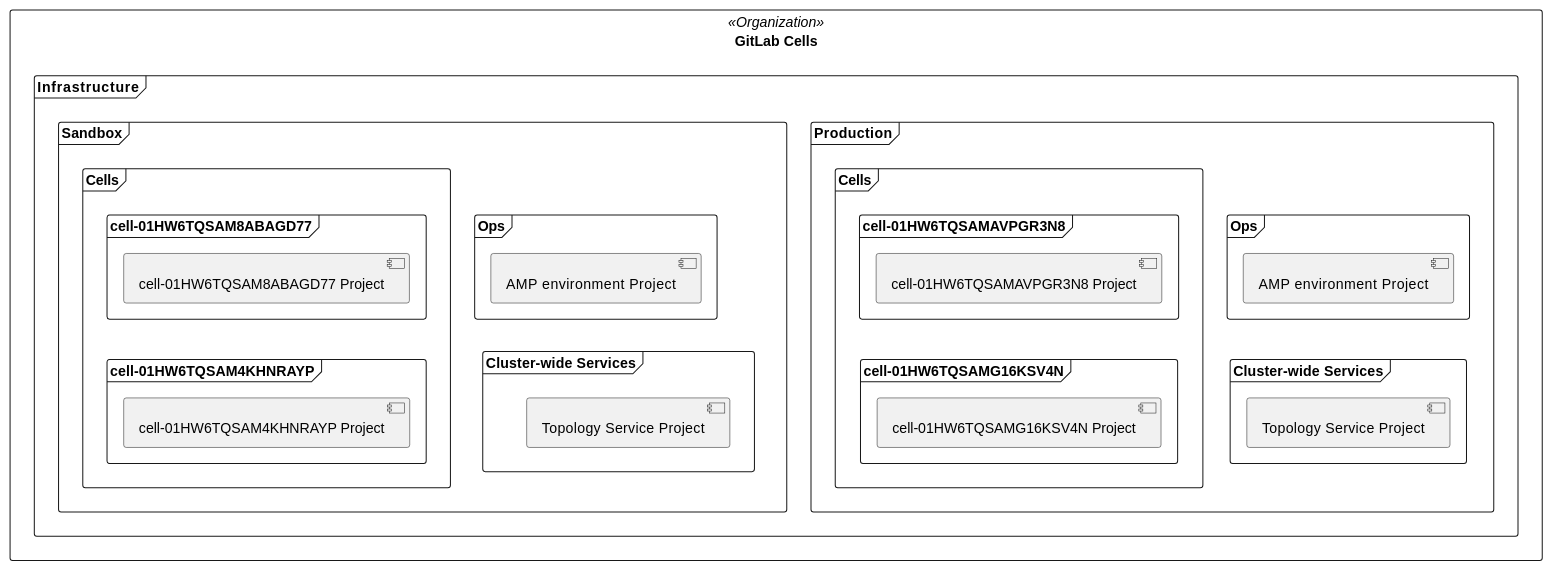
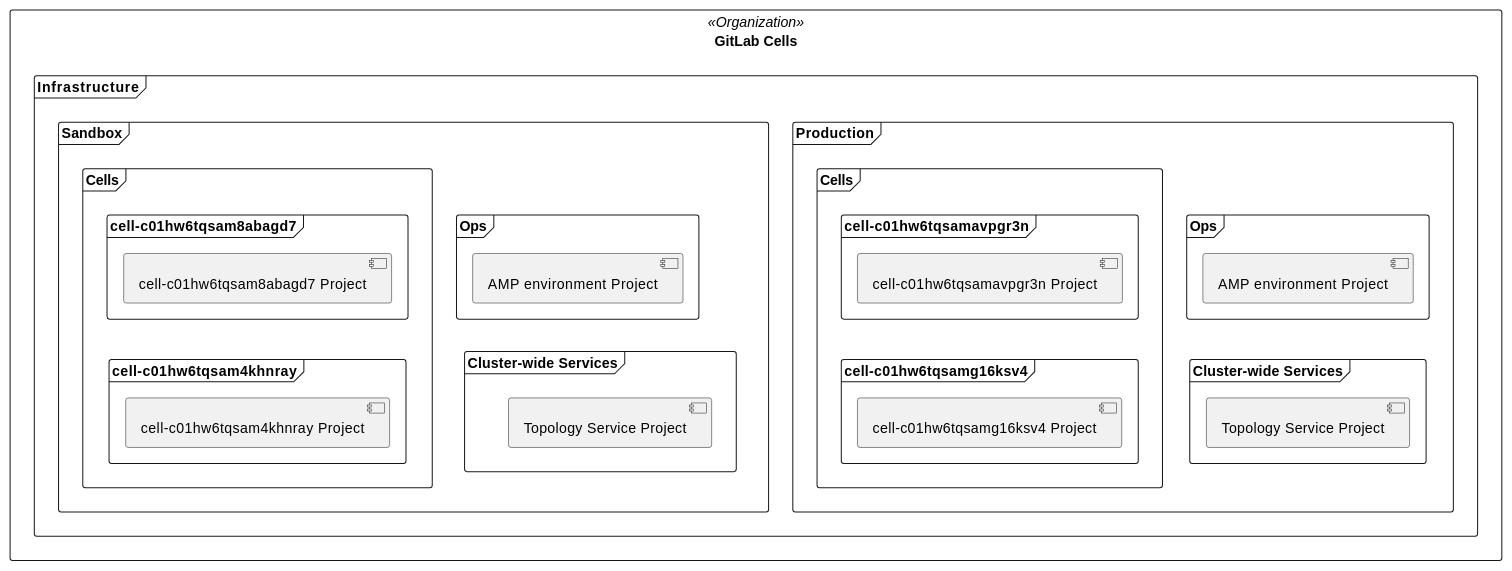
The second of 5 diagrams in content/handbook/engineering/architecture/design-documents/cells/infrastructure/cell_arch_tooling.md (secretstartups/handbook), drawn with PlantUML before and after one commit. The commit also changed other lines of this file, not shown here.

````diff
--- a/content/handbook/engineering/architecture/design-documents/cells/infrastructure/cell_arch_tooling.md
+++ b/content/handbook/engineering/architecture/design-documents/cells/infrastructure/cell_arch_tooling.md
@@ -254,50 +246,50 @@
 ```plantuml
 @startuml
 rectangle "GitLab Cells" <<Organization>> {
   frame Infrastructure {
     frame "Production" {
       frame "Ops" as ops {
         component "AMP environment Project" as amp
       }
 
       frame "Cluster-wide Services" as gs {
         component "Topology Service Project" as ts
       }
 
       frame "Cells" as cells {
-        frame "cell-01HW6TQSAMAVPGR3N8" {
-          component "cell-01HW6TQSAMAVPGR3N8 Project" as project1
+        frame "cell-c01hw6tqsamavpgr3n" {
+          component "cell-c01hw6tqsamavpgr3n Project" as project1
         }
-        frame "cell-01HW6TQSAMG16KSV4N" {
-          component "cell-01HW6TQSAMG16KSV4N Project" as project2
+        frame "cell-c01hw6tqsamg16ksv4" {
+          component "cell-c01hw6tqsamg16ksv4 Project" as project2
         }
       }
 
       project1 -down[hidden]-> project2
       amp -down[hidden]-> ts
     }
     frame "Sandbox" {
       frame "Ops" as ops2 {
         component "AMP environment Project" as amp2
       }
 
       frame "Cluster-wide Services" as gs2 {
         component "Topology Service Project" as ts2
       }
 
       frame "Cells" as cells2 {
-        frame "cell-01HW6TQSAM8ABAGD77" {
-          component "cell-01HW6TQSAM8ABAGD77 Project" as project3
+        frame "cell-c01hw6tqsam8abagd7" {
+          component "cell-c01hw6tqsam8abagd7 Project" as project3
         }
-        frame "cell-01HW6TQSAM4KHNRAYP" {
-          component "cell-01HW6TQSAM4KHNRAYP Project" as project4
+        frame "cell-c01hw6tqsam4khnray" {
+          component "cell-c01hw6tqsam4khnray Project" as project4
         }
       }
 
       project3 -down[hidden]-> project4
       amp2 -down[hidden]-> gs2
     }
   }
 }
 @enduml
 ```
````
